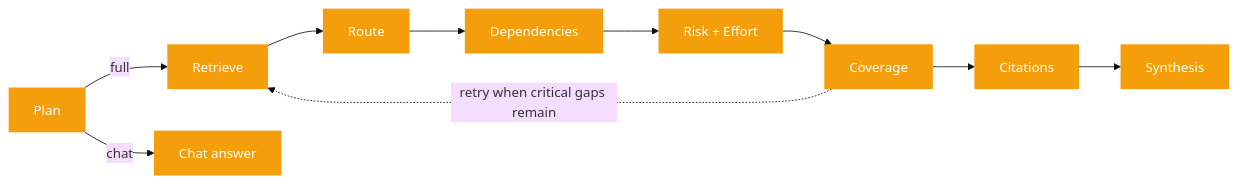
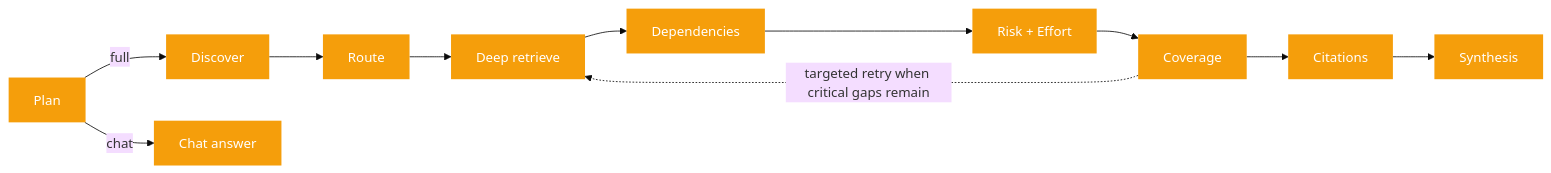
Before and after one commit to gurungabit/prism: the first of 4 diagrams in docs/agents.md, drawn with Mermaid (base theme). The commit also changed other lines of this file and 31 other files, not shown here.

````diff
--- a/docs/agents.md
+++ b/docs/agents.md
@@ -11,20 +13,21 @@
 ```mermaid
 flowchart LR
     P["Plan"]
-    R["Retrieve"]
+    R["Discover"]
+    DR["Deep retrieve"]
     RT["Route"]
     D["Dependencies"]
     RE["Risk + Effort"]
     C["Coverage"]
     CI["Citations"]
     S["Synthesis"]
     CH["Chat answer"]
 
     P -- full --> R
     P -- chat --> CH
-    R --> RT --> D --> RE --> C --> CI --> S
-    C -. retry when critical gaps remain .-> R
+    R --> RT --> DR --> D --> RE --> C --> CI --> S
+    C -. targeted retry when critical gaps remain .-> DR
 
     classDef step fill:#f59e0b,color:#fff,stroke:none;
-    class P,R,RT,D,RE,C,CI,S,CH step;
+    class P,R,RT,DR,D,RE,C,CI,S,CH step;
 ```
````
